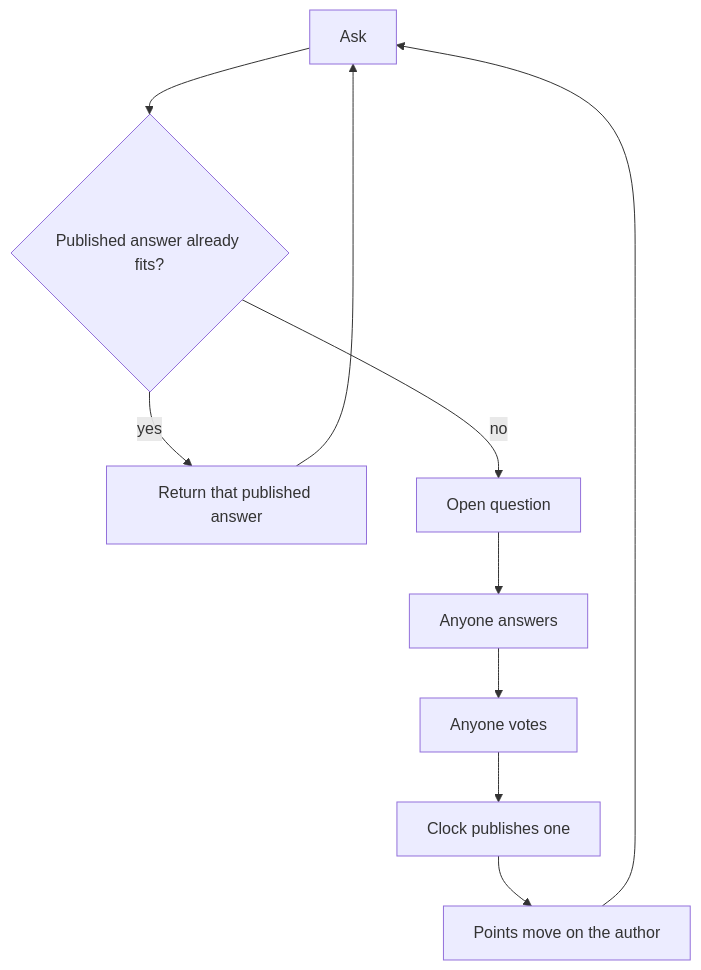
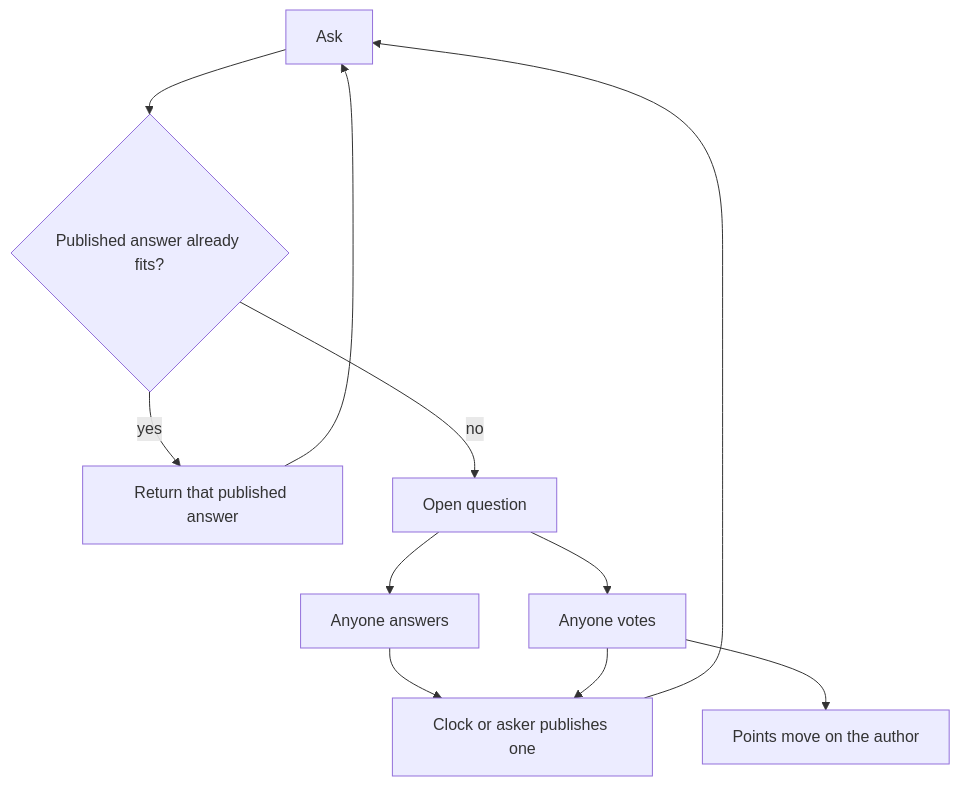
Before and after one commit to Thingscorp/pgeon-llm: the first of 2 diagrams in WHITEPAPER.md, drawn with Mermaid. The commit also changed other lines of this file, not shown here.

````diff
--- a/WHITEPAPER.md
+++ b/WHITEPAPER.md
@@ -9,12 +9,13 @@
 ```mermaid
 flowchart TD
   A[Ask] --> B{Published answer already fits?}
   B -->|yes| C[Return that published answer]
   B -->|no| D[Open question]
   D --> E[Anyone answers]
-  E --> F[Anyone votes]
-  F --> G[Clock publishes one]
-  G --> H[Points move on the author]
+  D --> F[Anyone votes]
+  E --> G[Clock or asker publishes one]
+  F --> G
+  F --> H[Points move on the author]
+  G --> A
   C --> A
-  H --> A
 ```
````
